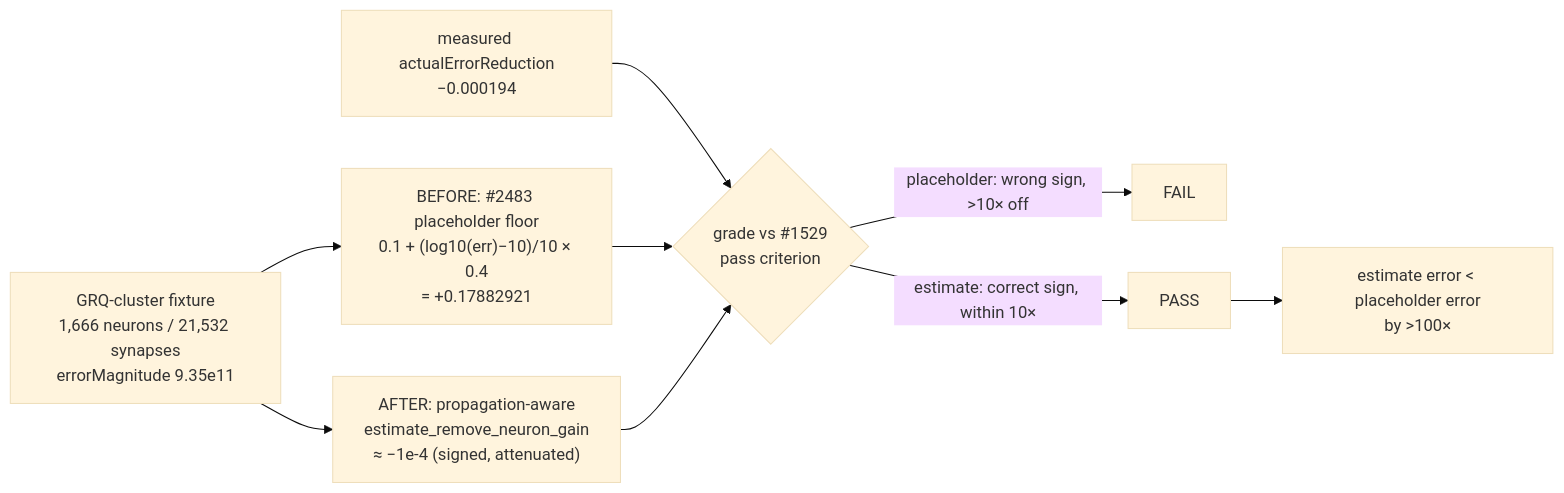
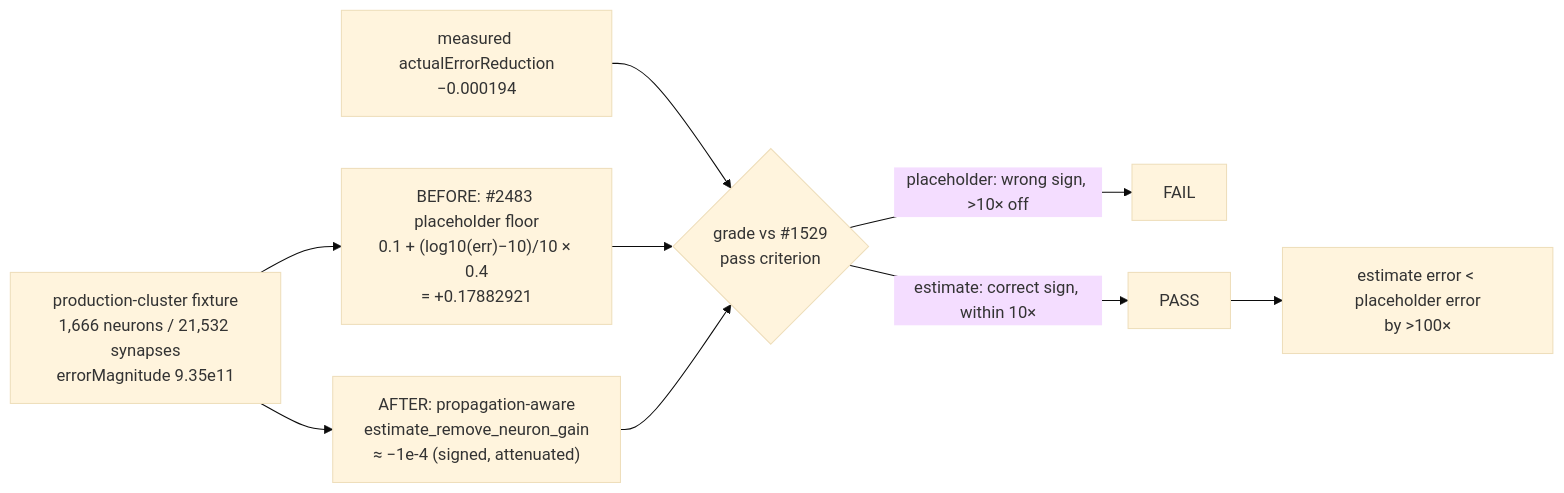
Before and after one commit to stSoftwareAU/NEAT-AI-Discovery: the diagram in docs/archive/pr-summaries/pr-summary-1531.md, drawn with Mermaid (base theme). The commit also changed other lines of this file and 67 other files, not shown here.

````diff
--- a/docs/archive/pr-summaries/pr-summary-1531.md
+++ b/docs/archive/pr-summaries/pr-summary-1531.md
@@ -42,11 +42,11 @@
 ```mermaid
 flowchart LR
-    F["GRQ-cluster fixture<br/>1,666 neurons / 21,532 synapses<br/>errorMagnitude 9.35e11"] --> P["BEFORE: #2483 placeholder floor<br/>0.1 + (log10(err)−10)/10 × 0.4<br/>= +0.17882921"]
+    F["production-cluster fixture<br/>1,666 neurons / 21,532 synapses<br/>errorMagnitude 9.35e11"] --> P["BEFORE: #2483 placeholder floor<br/>0.1 + (log10(err)−10)/10 × 0.4<br/>= +0.17882921"]
     F --> E["AFTER: propagation-aware<br/>estimate_remove_neuron_gain<br/>≈ −1e-4 (signed, attenuated)"]
     A["measured actualErrorReduction<br/>−0.000194"] --> J{grade vs #1529<br/>pass criterion}
     P --> J
     E --> J
     J -->|placeholder: wrong sign, >10× off| FAIL[FAIL]
     J -->|estimate: correct sign, within 10×| PASS[PASS]
     PASS --> W["estimate error &lt; placeholder error<br/>by &gt;100×"]
 ```
````
